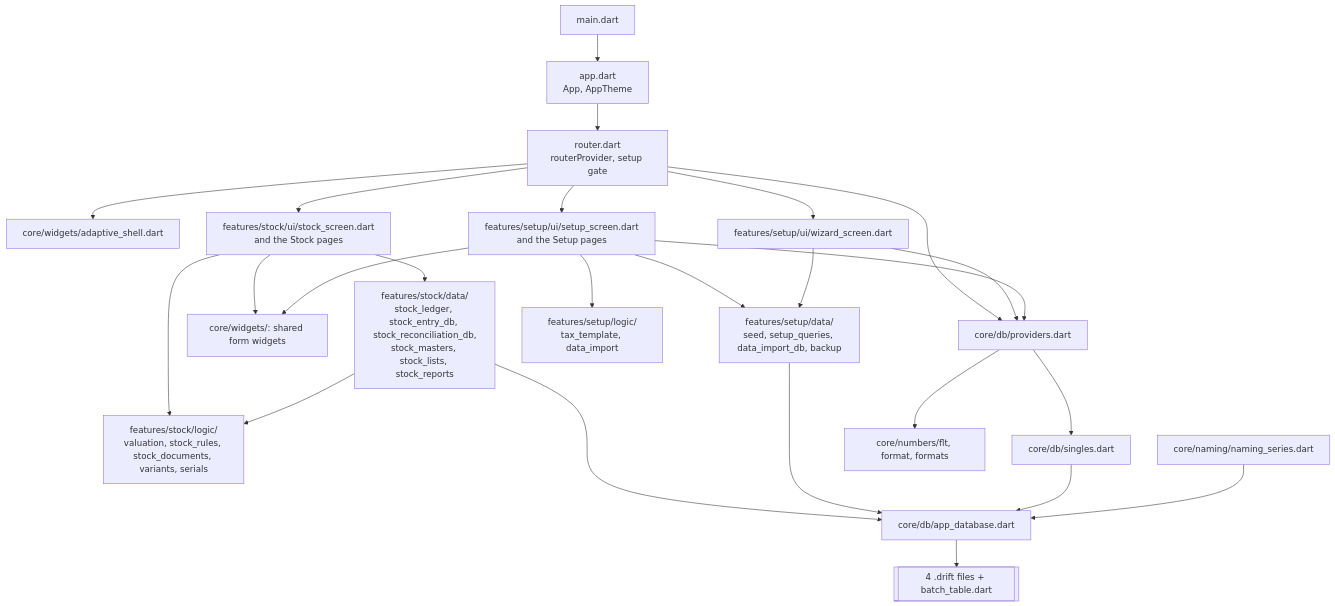
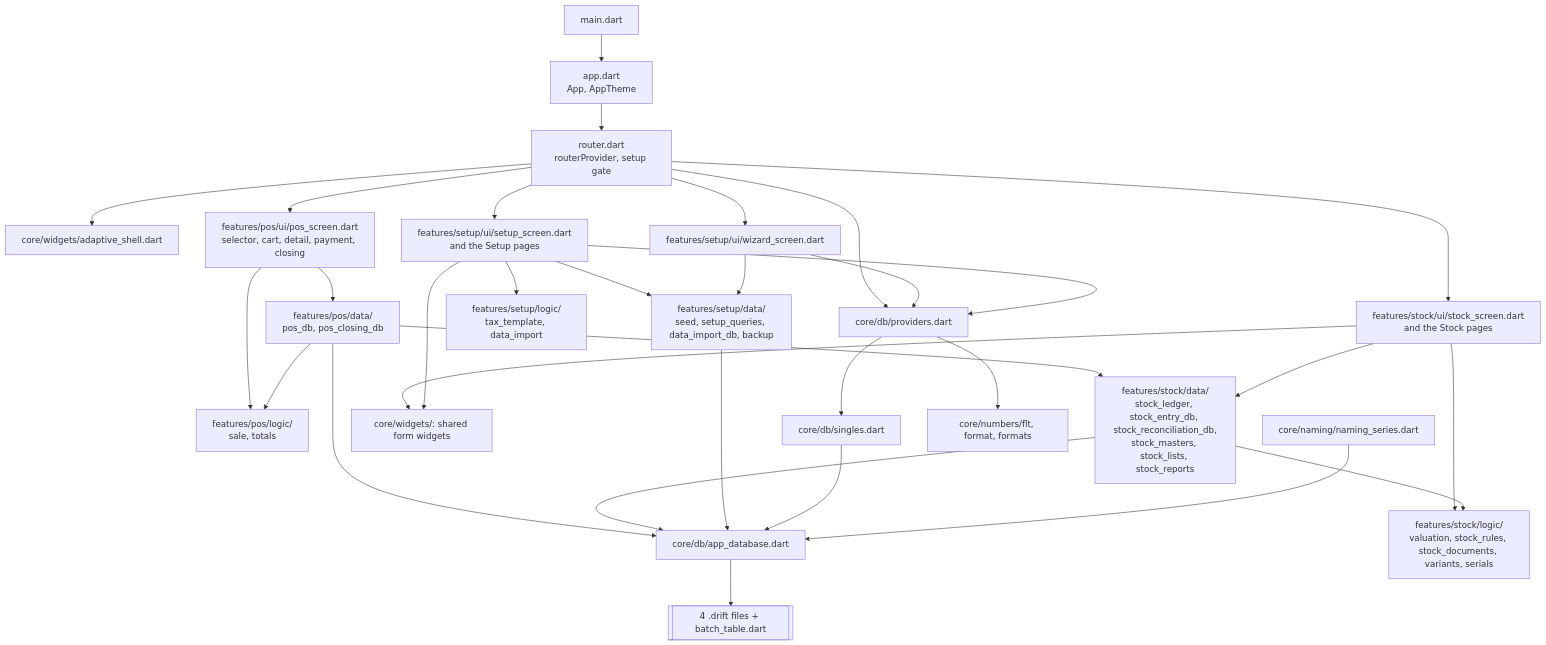
One commit to haroisded/Rx-Merchant changed the second of 3 diagrams in .claude/erpnext-planner/system-documentation.md. Above: the diagram before and after it, drawn with Mermaid. The commit also changed other lines of this file and 72 other files, not shown here.

````diff
--- a/.claude/erpnext-planner/system-documentation.md
+++ b/.claude/erpnext-planner/system-documentation.md
@@ -324,27 +349,33 @@
 ```mermaid
 flowchart TD
     main[main.dart] --> App[app.dart<br/>App, AppTheme]
     App --> Router[router.dart<br/>routerProvider, setup gate]
     Router --> Shell[core/widgets/adaptive_shell.dart]
     Router --> Wizard[features/setup/ui/wizard_screen.dart]
     Router --> SetupUi[features/setup/ui/setup_screen.dart<br/>and the Setup pages]
     Router --> StockUi[features/stock/ui/stock_screen.dart<br/>and the Stock pages]
+    Router --> PosUi[features/pos/ui/pos_screen.dart<br/>selector, cart, detail, payment, closing]
+    PosUi --> PosLogic[features/pos/logic/<br/>sale, totals]
+    PosUi --> PosData[features/pos/data/<br/>pos_db, pos_closing_db]
+    PosData --> PosLogic
+    PosData --> StockData
+    PosData --> Database
     StockUi --> StockLogic[features/stock/logic/<br/>valuation, stock_rules, stock_documents, variants, serials]
     StockUi --> StockData[features/stock/data/<br/>stock_ledger, stock_entry_db, stock_reconciliation_db,<br/>stock_masters, stock_lists, stock_reports]
     StockData --> StockLogic
     StockData --> Database
     StockUi --> Widgets
     Router --> Providers[core/db/providers.dart]
     Wizard --> Providers
     SetupUi --> Providers
     SetupUi --> Logic[features/setup/logic/<br/>tax_template, data_import]
     SetupUi --> SetupData[features/setup/data/<br/>seed, setup_queries, data_import_db, backup]
     Wizard --> SetupData
     SetupData --> Database
     Providers --> Singles[core/db/singles.dart]
     Singles --> Database[core/db/app_database.dart]
     Naming[core/naming/naming_series.dart] --> Database
     Database --> Drift[[4 .drift files + batch_table.dart]]
     Providers --> Numbers[core/numbers/flt, format, formats]
     SetupUi --> Widgets[core/widgets/: shared form widgets]
 ```
````
